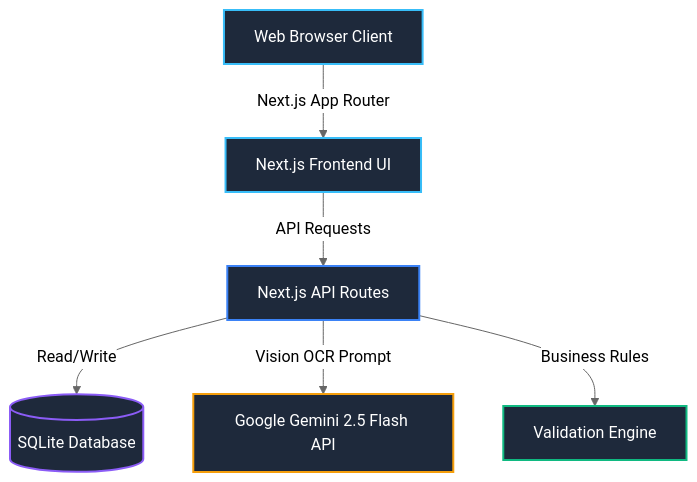
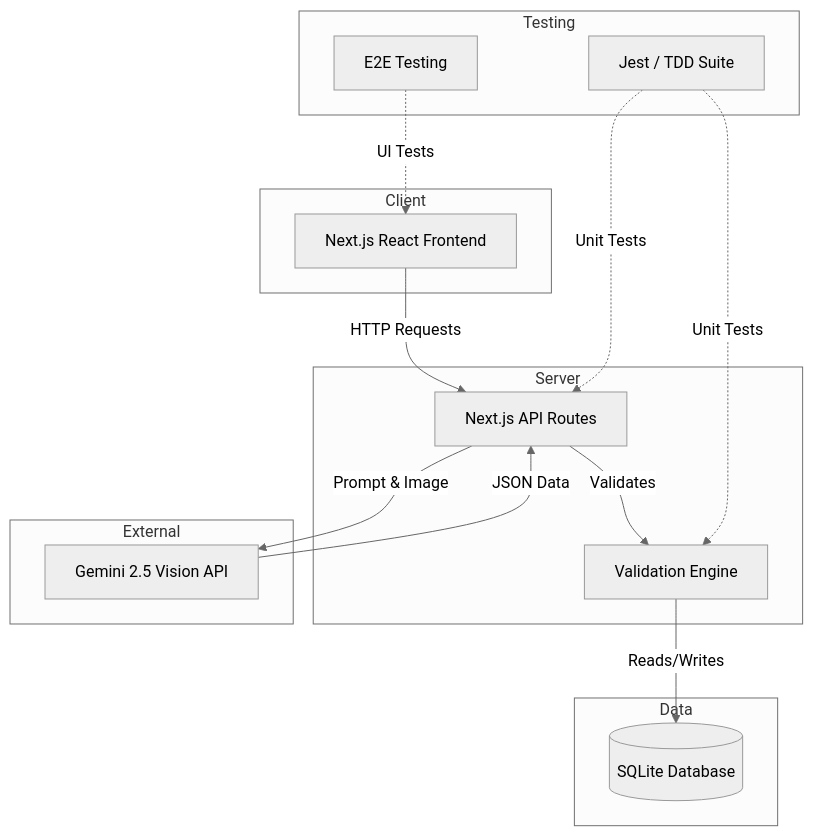
The first of 8 diagrams in README.md (nanthitha25/biztelai), drawn with Mermaid (neutral theme) before and after one commit. The commit also changed other lines of this file and 40 other files, not shown here.

````diff
--- a/README.md
+++ b/README.md
@@ -45,15 +46,29 @@
 ```mermaid
 flowchart TD
-    Client[Web Browser Client] -->|Next.js App Router| Frontend[Next.js Frontend UI]
-    Frontend -->|API Requests| Backend[Next.js API Routes]
-    Backend -->|Read/Write| DB[(SQLite Database)]
-    Backend -->|Vision OCR Prompt| Gemini[Google Gemini 2.5 Flash API]
-    Backend -->|Business Rules| Validation[Validation Engine]
+    subgraph Client
+        UI[Next.js React Frontend]
+    end
+    subgraph Server
+        API[Next.js API Routes]
+        Val[Validation Engine]
+    end
+    subgraph External
+        AI[Gemini 2.5 Vision API]
+    end
+    subgraph Data
+        DB[(SQLite Database)]
+    end
+    subgraph Testing
+        Jest[Jest / TDD Suite]
+        Playwright[E2E Testing]
+    end
     
-    style Client fill:#1e293b,stroke:#38bdf8,stroke-width:2px,color:#fff
-    style Frontend fill:#1e293b,stroke:#38bdf8,stroke-width:2px,color:#fff
-    style Backend fill:#1e293b,stroke:#3b82f6,stroke-width:2px,color:#fff
-    style DB fill:#1e293b,stroke:#8b5cf6,stroke-width:2px,color:#fff
-    style Gemini fill:#1e293b,stroke:#f59e0b,stroke-width:2px,color:#fff
-    style Validation fill:#1e293b,stroke:#10b981,stroke-width:2px,color:#fff
+    UI -->|HTTP Requests| API
+    API -->|Prompt & Image| AI
+    AI -->|JSON Data| API
+    API -->|Validates| Val
+    Val -->|Reads/Writes| DB
+    Jest -.->|Unit Tests| Val
+    Jest -.->|Unit Tests| API
+    Playwright -.->|UI Tests| UI
 ```
````
